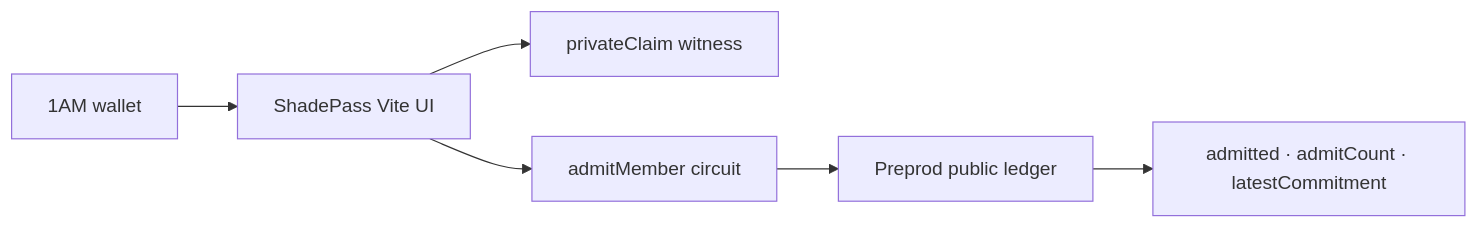
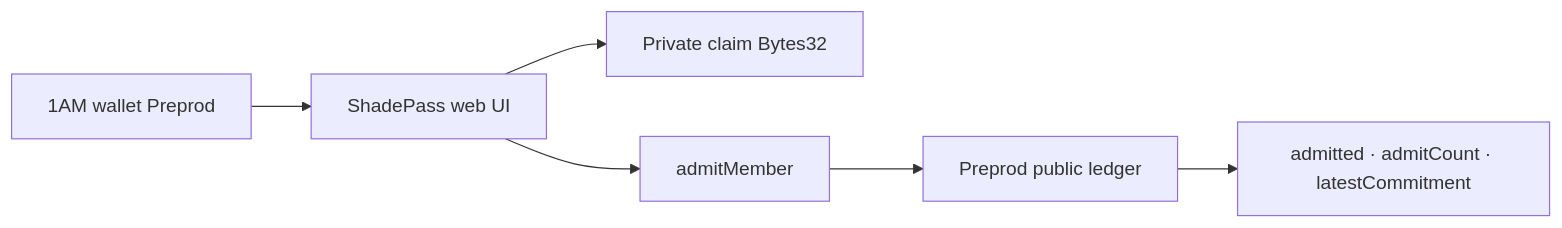
One commit to manojaggarwal812/shade-pass changed the diagram in README.md. Above: the diagram before and after it, drawn with Mermaid. The commit also changed other lines of this file and 4 other files, not shown here.

````diff
--- a/README.md
+++ b/README.md
@@ -40,8 +118,13 @@
 ```mermaid
 flowchart LR
-  W[1AM wallet] --> UI[ShadePass Vite UI]
-  UI --> Wit[privateClaim witness]
-  UI --> Cir[admitMember circuit]
-  Cir --> Led[Preprod public ledger]
-  Led --> Pub["admitted · admitCount · latestCommitment"]
+  Wallet[1AM wallet Preprod]
+  UI[ShadePass web UI]
+  Witness[Private claim Bytes32]
+  Circuit[admitMember]
+  Ledger[Preprod public ledger]
+  Wallet --> UI
+  UI --> Witness
+  UI --> Circuit
+  Circuit --> Ledger
+  Ledger --> Public["admitted · admitCount · latestCommitment"]
 ```
````
